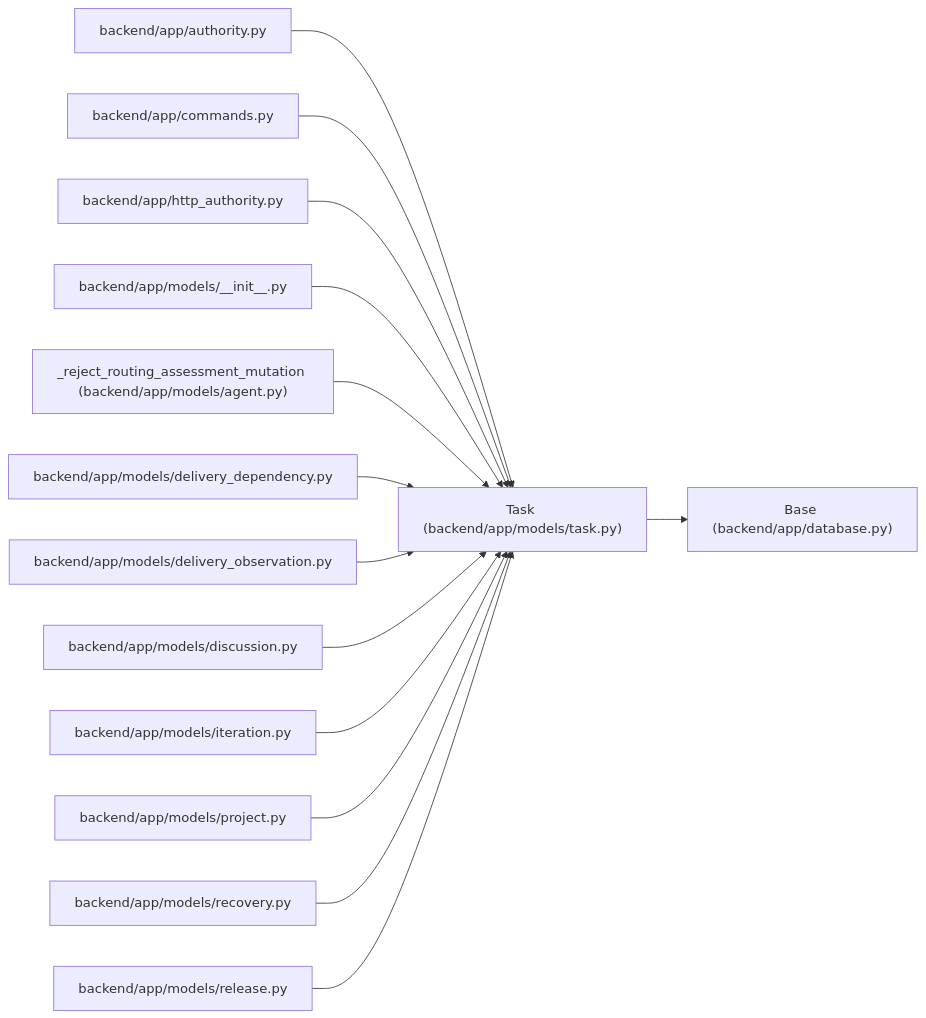
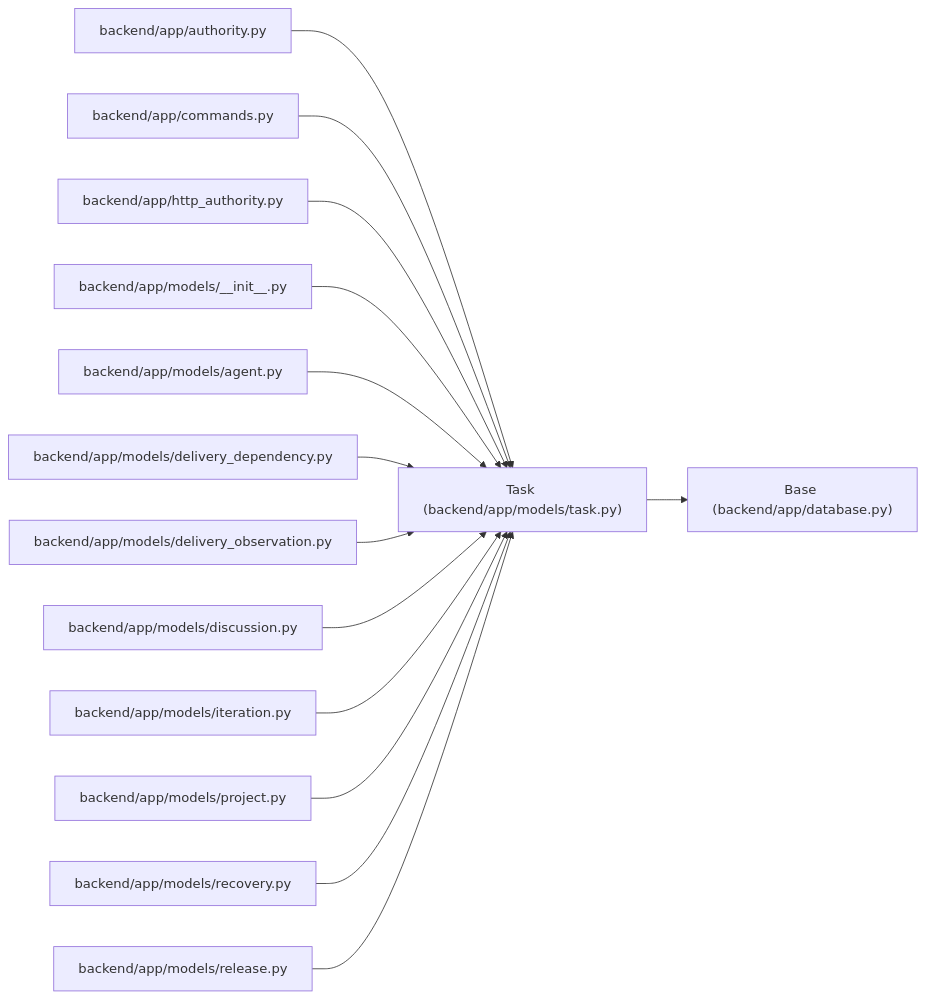
One commit to Denissvgn/WorkChord changed the diagram in docs/llm_wiki/entities/models_task_Task.md. Above: the diagram before and after it, drawn with Mermaid. The commit also changed other lines of this file and 25171 other files, not shown here.

````diff
--- a/docs/llm_wiki/entities/models_task_Task.md
+++ b/docs/llm_wiki/entities/models_task_Task.md
@@ -109,44 +109,44 @@
 ```mermaid
 flowchart LR
     n0["Task (backend/app/models/task.py)"]
     n1["Base (backend/app/database.py)"]
     n2["backend/app/authority.py"]
     n3["backend/app/commands.py"]
     n4["backend/app/http_authority.py"]
     n5["backend/app/models/__init__.py"]
-    n6["_reject_routing_assessment_mutation (backend/app/models/agent.py)"]
+    n6["backend/app/models/agent.py"]
     n7["backend/app/models/delivery_dependency.py"]
     n8["backend/app/models/delivery_observation.py"]
     n9["backend/app/models/discussion.py"]
     n10["backend/app/models/iteration.py"]
     n11["backend/app/models/project.py"]
     n12["backend/app/models/recovery.py"]
     n13["backend/app/models/release.py"]
     n0 --> n1
     n2 --> n0
     n3 --> n0
     n4 --> n0
     n5 --> n0
     n6 --> n0
     n7 --> n0
     n8 --> n0
     n9 --> n0
     n10 --> n0
     n11 --> n0
     n12 --> n0
     n13 --> n0
     click n0 "../modules/models_task.md"
     click n1 "../modules/app_database.md"
     click n2 "../modules/authority.md"
     click n3 "../modules/commands.md"
     click n4 "../modules/http_authority.md"
     click n5 "../modules/models___init__.md"
     click n6 "../modules/models_agent.md"
     click n7 "../modules/delivery_dependency.md"
     click n8 "../modules/delivery_observation.md"
     click n9 "../modules/models_discussion.md"
     click n10 "../modules/models_iteration.md"
     click n11 "../modules/models_project.md"
     click n12 "../modules/recovery.md"
     click n13 "../modules/models_release.md"
 ```
````
